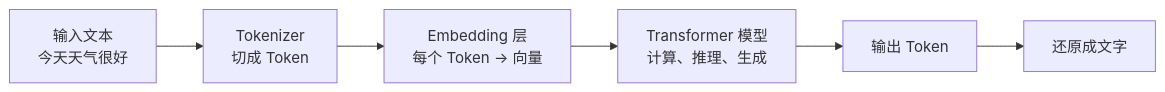
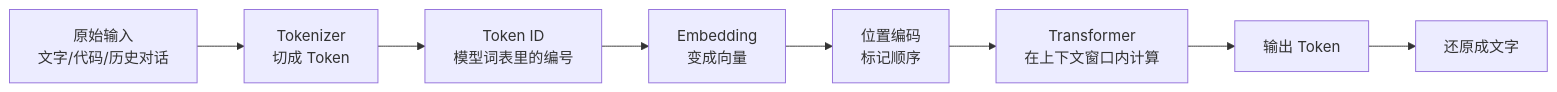
One commit to Unclecheng-li/Hello-AI changed the first of 3 diagrams in docs/basics/token-embedding-context.md. Above: the diagram before and after it, drawn with Mermaid. The commit also changed other lines of this file and 33 other files, not shown here.

````diff
--- a/docs/basics/token-embedding-context.md
+++ b/docs/basics/token-embedding-context.md
@@ -111,8 +59,10 @@
 ```mermaid
 flowchart LR
-    A["输入文本<br/>今天天气很好"] --> B["Tokenizer<br/>切成 Token"]
-    B --> C["Embedding 层<br/>每个 Token → 向量"]
-    C --> D["Transformer 模型<br/>计算、推理、生成"]
-    D --> E[输出 Token]
-    E --> F[还原成文字]
+    A[原始输入<br/>文字/代码/历史对话] --> B[Tokenizer<br/>切成 Token]
+    B --> C[Token ID<br/>模型词表里的编号]
+    C --> D[Embedding<br/>变成向量]
+    D --> E[位置编码<br/>标记顺序]
+    E --> F[Transformer<br/>在上下文窗口内计算]
+    F --> G[输出 Token]
+    G --> H[还原成文字]
 ```
````
